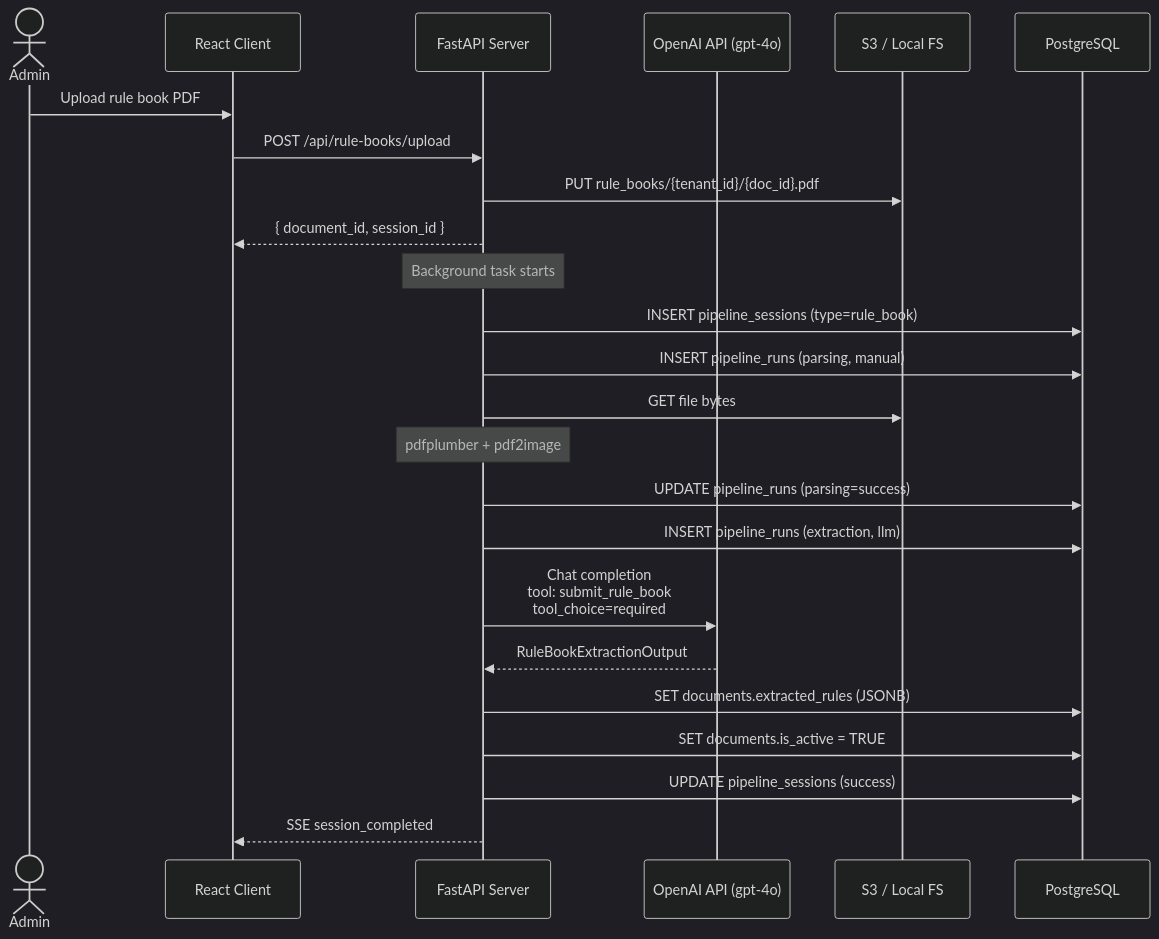
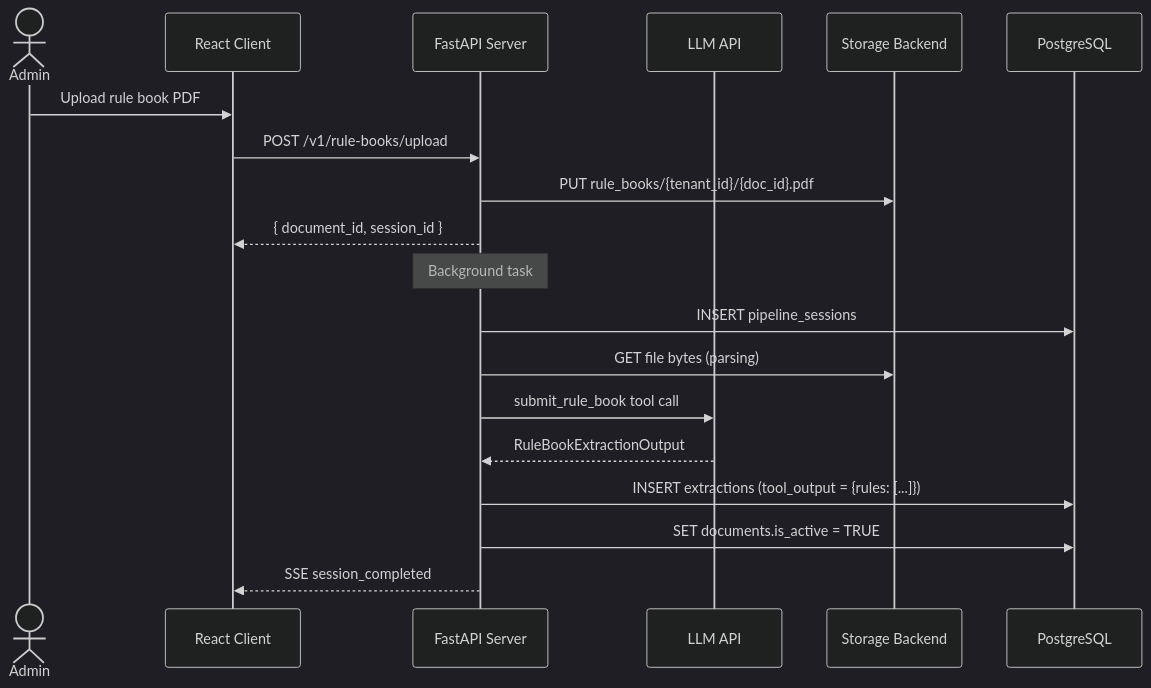
Before and after one commit to TejasThombare20/Trade-Doc-Pipeline: the second of 3 diagrams in README.md, drawn with Mermaid (dark theme). The commit also changed other lines of this file and 41 other files, not shown here.

````diff
--- a/README.md
+++ b/README.md
@@ -382,27 +329,22 @@
 ```mermaid
 sequenceDiagram
     actor Admin
     participant Client as React Client
     participant Server as FastAPI Server
-    participant OpenAI as OpenAI API (gpt-4o)
-    participant Storage as S3 / Local FS
+    participant LLM as LLM API
+    participant Storage as Storage Backend
     participant DB as PostgreSQL
 
     Admin->>Client: Upload rule book PDF
-    Client->>Server: POST /api/rule-books/upload
+    Client->>Server: POST /v1/rule-books/upload
     Server->>Storage: PUT rule_books/{tenant_id}/{doc_id}.pdf
     Server-->>Client: { document_id, session_id }
-    Note over Server: Background task starts
-    Server->>DB: INSERT pipeline_sessions (type=rule_book)
-    Server->>DB: INSERT pipeline_runs (parsing, manual)
-    Server->>Storage: GET file bytes
-    Note over Server: pdfplumber + pdf2image
-    Server->>DB: UPDATE pipeline_runs (parsing=success)
-    Server->>DB: INSERT pipeline_runs (extraction, llm)
-    Server->>OpenAI: Chat completion<br/>tool: submit_rule_book<br/>tool_choice=required
-    OpenAI-->>Server: RuleBookExtractionOutput
-    Server->>DB: SET documents.extracted_rules (JSONB)
+    Note over Server: Background task
+    Server->>DB: INSERT pipeline_sessions
+    Server->>Storage: GET file bytes (parsing)
+    Server->>LLM: submit_rule_book tool call
+    LLM-->>Server: RuleBookExtractionOutput
+    Server->>DB: INSERT extractions (tool_output = {rules: [...]})
     Server->>DB: SET documents.is_active = TRUE
-    Server->>DB: UPDATE pipeline_sessions (success)
     Server-->>Client: SSE session_completed
 ```
````
